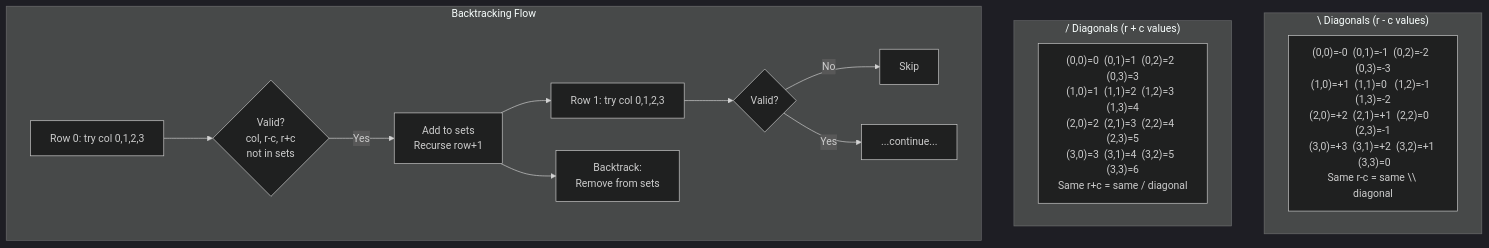
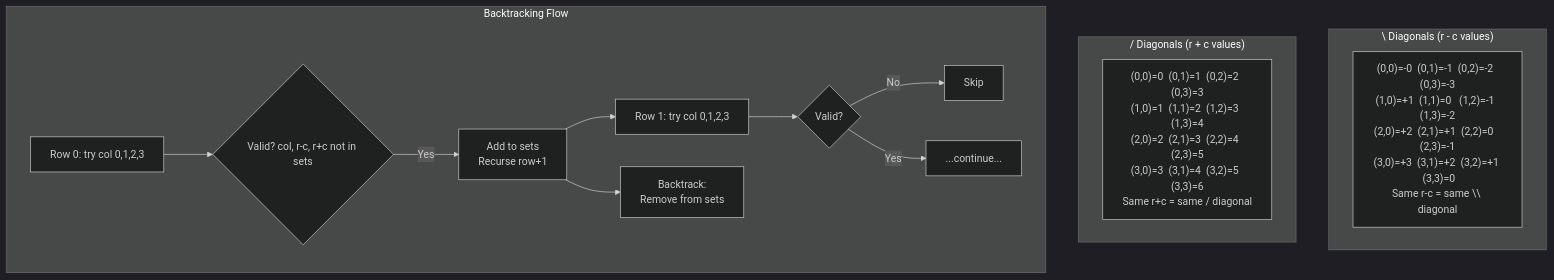
Before and after one commit to deepanshu-rawat6/AlgoAtlas: the diagram in backtracking/code/n_queens/README.md, drawn with Mermaid (dark theme). The commit also changed 43 other files, not shown here.

````diff
--- a/backtracking/code/n_queens/README.md
+++ b/backtracking/code/n_queens/README.md
@@ -73,23 +73,23 @@
 ```mermaid
 graph TD
     subgraph BackDiag["\ Diagonals (r - c values)"]
         direction LR
         BD["(0,0)=-0  (0,1)=-1  (0,2)=-2  (0,3)=-3<br>(1,0)=+1  (1,1)=0   (1,2)=-1  (1,3)=-2<br>(2,0)=+2  (2,1)=+1  (2,2)=0   (2,3)=-1<br>(3,0)=+3  (3,1)=+2  (3,2)=+1  (3,3)=0<br>Same r-c = same \\ diagonal"]
     end
 
     subgraph FwdDiag["/ Diagonals (r + c values)"]
         direction LR
         FD["(0,0)=0  (0,1)=1  (0,2)=2  (0,3)=3<br>(1,0)=1  (1,1)=2  (1,2)=3  (1,3)=4<br>(2,0)=2  (2,1)=3  (2,2)=4  (2,3)=5<br>(3,0)=3  (3,1)=4  (3,2)=5  (3,3)=6<br>Same r+c = same / diagonal"]
     end
 
     subgraph Backtrack["Backtracking Flow"]
         R0["Row 0: try col 0,1,2,3"]
-        R0 --> V0{"Valid?<br>col, r-c, r+c<br>not in sets"}
+        R0 --> V0{"Valid? col, r-c, r+c not in sets"}
         V0 -->|"Yes"| ADD["Add to sets<br>Recurse row+1"]
         ADD --> R1["Row 1: try col 0,1,2,3"]
         R1 --> V1{"Valid?"}
         V1 -->|"No"| SKIP["Skip"]
         V1 -->|"Yes"| ADD2["...continue..."]
         ADD --> REM["Backtrack:<br>Remove from sets"]
     end
 ```
````
